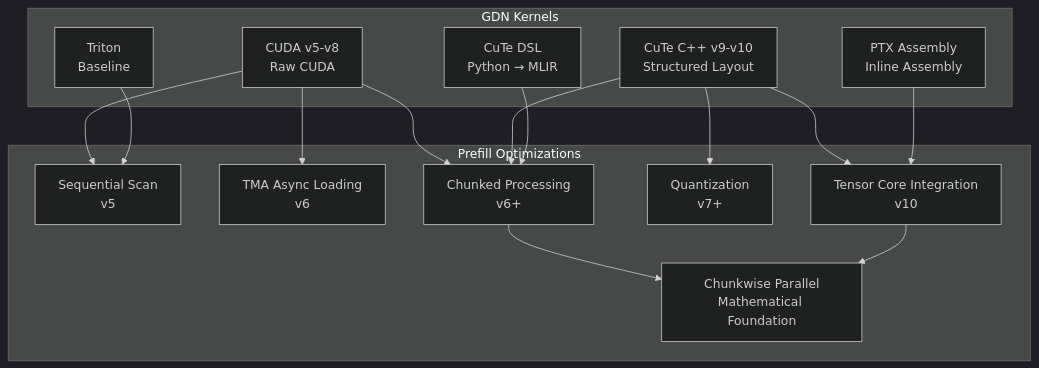
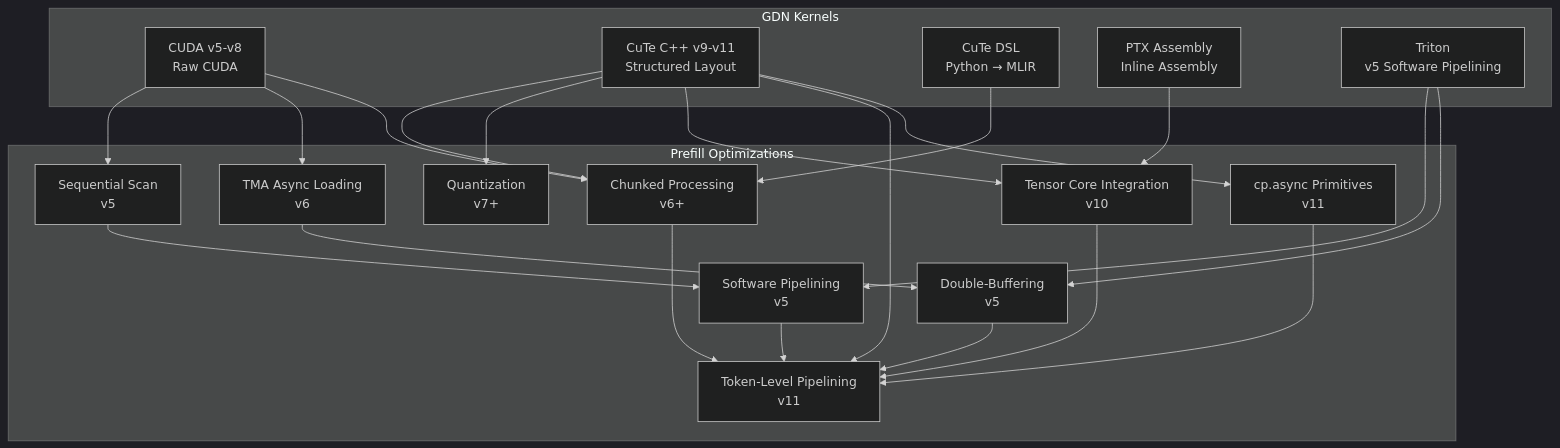
The first of 21 diagrams in .qoder/repowiki/en/content/GDN Prefill Kernel Optimization.md (gugudeshubao/flashinfer-bench-tma-thrust), drawn with Mermaid (dark theme) before and after one commit. The commit also changed other lines of this file and 19 other files, not shown here.

````diff
--- a/.qoder/repowiki/en/content/GDN Prefill Kernel Optimization.md
+++ b/.qoder/repowiki/en/content/GDN Prefill Kernel Optimization.md
@@ -47,29 +54,40 @@
 ```mermaid
 graph TB
 subgraph "GDN Kernels"
 A["CUDA v5-v8<br/>Raw CUDA"]
-B["CuTe C++ v9-v10<br/>Structured Layout"]
+B["CuTe C++ v9-v11<br/>Structured Layout"]
 C["CuTe DSL<br/>Python → MLIR"]
 D["PTX Assembly<br/>Inline Assembly"]
-E["Triton<br/>Baseline"]
+E["Triton<br/>v5 Software Pipelining"]
 end
 subgraph "Prefill Optimizations"
 F["Sequential Scan<br/>v5"]
 G["TMA Async Loading<br/>v6"]
 H["Chunked Processing<br/>v6+"]
 I["Quantization<br/>v7+"]
 J["Tensor Core Integration<br/>v10"]
-K["Chunkwise Parallel<br/>Mathematical Foundation"]
+K["Token-Level Pipelining<br/>v11"]
+L["Software Pipelining<br/>v5"]
+M["Double-Buffering<br/>v5"]
+N["cp.async Primitives<br/>v11"]
 end
 A --> F
 A --> G
 A --> H
 B --> H
 B --> I
 B --> J
+B --> K
+B --> N
 C --> H
 D --> J
-E --> F
+E --> L
+E --> M
+F --> L
+G --> M
 H --> K
 J --> K
+L --> K
+M --> K
+N --> K
 ```
````
